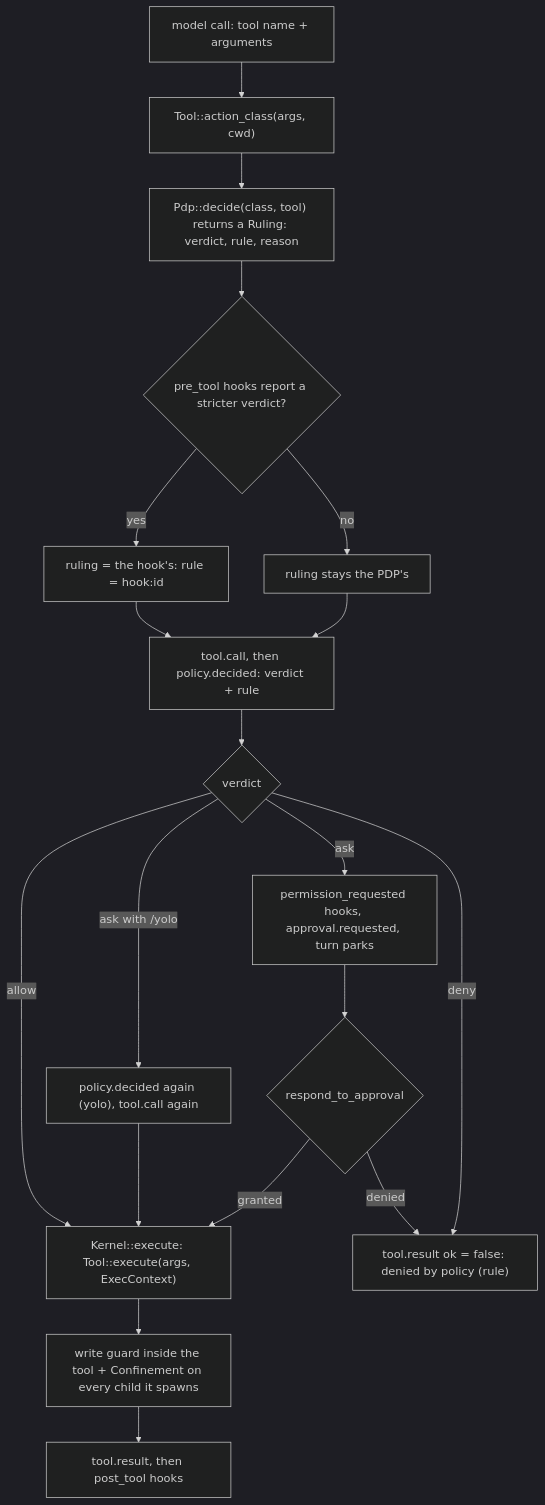
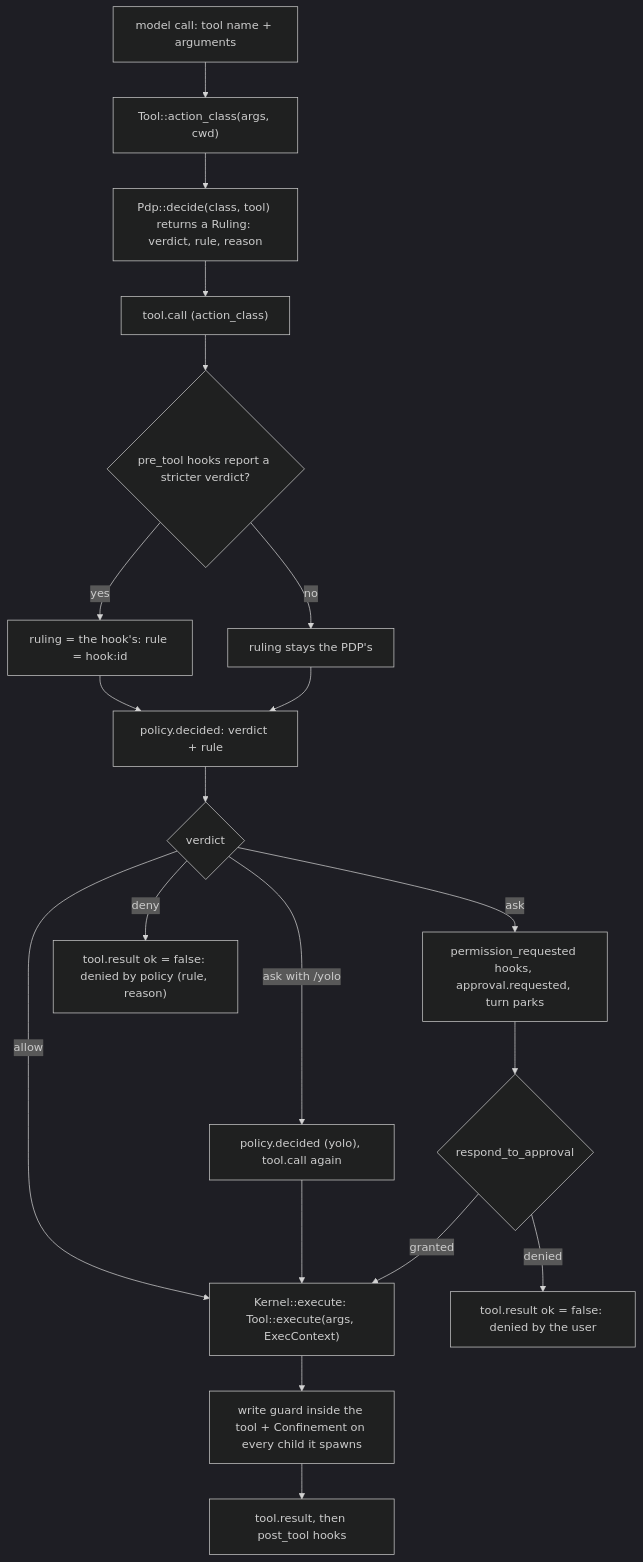
One commit to fengchangfight/loongagent changed the diagram in docs/design/tools-permissions.md. Above: the diagram before and after it, drawn with Mermaid (dark theme). The commit also changed other lines of this file and 2 other files, not shown here.

````diff
--- a/docs/design/tools-permissions.md
+++ b/docs/design/tools-permissions.md
@@ -76,22 +78,23 @@
 ```mermaid
 flowchart TD
     CALL["model call: tool name + arguments"] --> CLS["Tool::action_class(args, cwd)"]
     CLS --> PDP["Pdp::decide(class, tool) returns a Ruling: verdict, rule, reason"]
-    PDP --> HOOKS{"pre_tool hooks report a stricter verdict?"}
+    PDP --> TC["tool.call (action_class)"]
+    TC --> HOOKS{"pre_tool hooks report a stricter verdict?"}
     HOOKS -- yes --> STRICT["ruling = the hook's: rule = hook:id"]
     HOOKS -- no --> KEEP["ruling stays the PDP's"]
-    STRICT --> DECIDED["tool.call, then policy.decided: verdict + rule"]
+    STRICT --> DECIDED["policy.decided: verdict + rule"]
     KEEP --> DECIDED
     DECIDED --> V{"verdict"}
     EXEC["Kernel::execute: Tool::execute(args, ExecContext)"]
     V -- allow --> EXEC
-    V -- "ask with /yolo" --> YOLO["policy.decided again (yolo), tool.call again"]
+    V -- "ask with /yolo" --> YOLO["policy.decided (yolo), tool.call again"]
     YOLO --> EXEC
     V -- ask --> ASK["permission_requested hooks, approval.requested, turn parks"]
     ASK --> HUMAN{"respond_to_approval"}
     HUMAN -- granted --> EXEC
-    HUMAN -- denied --> DENY["tool.result ok = false: denied by policy (rule)"]
-    V -- deny --> DENY
+    HUMAN -- denied --> UDENY["tool.result ok = false: denied by the user"]
+    V -- deny --> PDENY["tool.result ok = false: denied by policy (rule, reason)"]
     EXEC --> PEP["write guard inside the tool + Confinement on every child it spawns"]
     PEP --> RESULT["tool.result, then post_tool hooks"]
 ```
````
